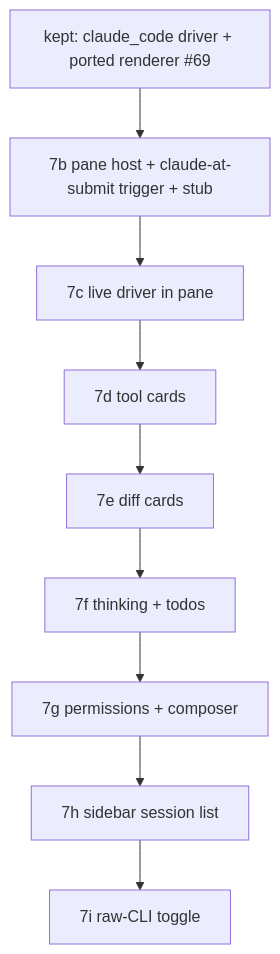
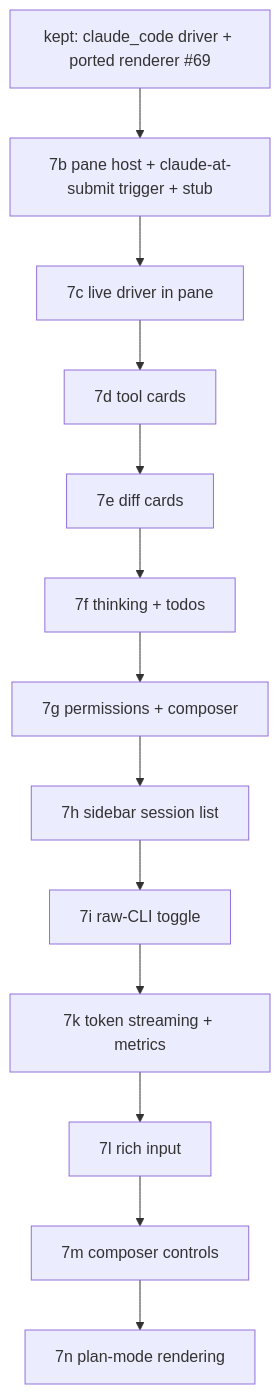
One commit to timomak/twarp changed the diagram in roadmap/07-claude-code-panel/TECH.md. Above: the diagram before and after it, drawn with Mermaid. The commit also changed other lines of this file and 1 other file, not shown here.

````diff
--- a/roadmap/07-claude-code-panel/TECH.md
+++ b/roadmap/07-claude-code-panel/TECH.md
@@ -155,6 +202,7 @@
 ```mermaid
 graph TD
   A[kept: claude_code driver + ported renderer #69] --> B[7b pane host + claude-at-submit trigger + stub]
   B --> C[7c live driver in pane]
   C --> D[7d tool cards] --> E[7e diff cards] --> F[7f thinking + todos] --> G[7g permissions + composer] --> H[7h sidebar session list] --> I[7i raw-CLI toggle]
+  I --> K[7k token streaming + metrics] --> L[7l rich input] --> M[7m composer controls] --> N[7n plan-mode rendering]
 ```
````
